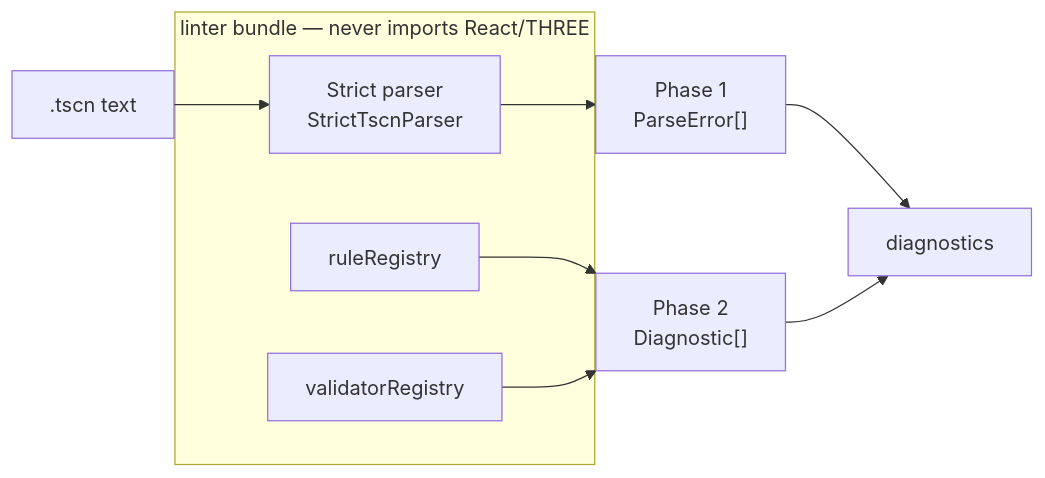
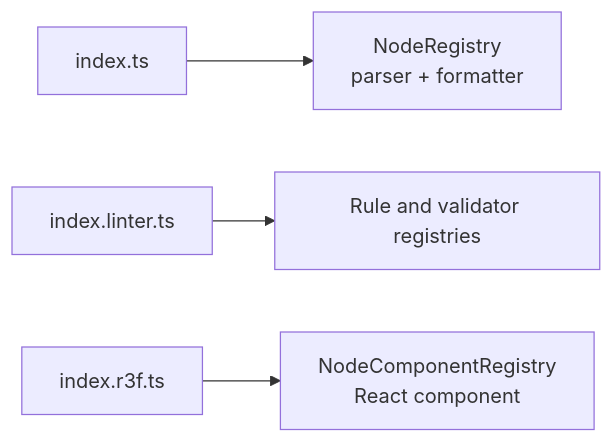
The second of 3 diagrams in ARCHITECTURE.md (Vortiago/textscene-inspector), drawn with Mermaid before and after one commit. The commit also changed other lines of this file and 4 other files, not shown here.

First line of the commit message:
docs(architecture): rewrite ARCHITECTURE.md as an overview of the design

````diff
--- a/ARCHITECTURE.md
+++ b/ARCHITECTURE.md
@@ -38,14 +67,6 @@
 ```mermaid
 flowchart LR
-  TSCN2[".tscn text"] --> SP["Strict parser<br/>StrictTscnParser"]
-  SP --> P1["Phase 1<br/>ParseError[]"]
-  subgraph free["linter bundle — never imports React/THREE"]
-    SP
-    RR["ruleRegistry"]
-    VR["validatorRegistry"]
-  end
-  RR --> P2["Phase 2<br/>Diagnostic[]"]
-  VR --> P2
-  P1 --> OUT["diagnostics"]
-  P2 --> OUT
+  I["index.ts"] --> NR["NodeRegistry<br/>parser + formatter"]
+  L["index.linter.ts"] --> RR["Rule and validator registries"]
+  R["index.r3f.ts"] --> CR["NodeComponentRegistry<br/>React component"]
 ```
````
